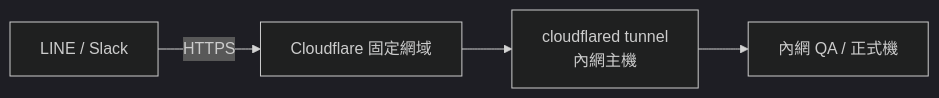
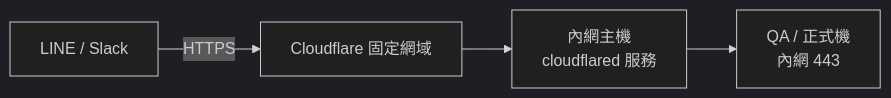
The diagram in src/content/projects/robot-push-notifications.md (leemengju/leemengju.github.io), drawn with Mermaid (dark theme) before and after one commit. The commit also changed other lines of this file and 15 other files, not shown here.

````diff
--- a/src/content/projects/robot-push-notifications.md
+++ b/src/content/projects/robot-push-notifications.md
@@ -44,6 +47,6 @@
 ```mermaid
 flowchart LR
     A[LINE / Slack] -->|HTTPS| B[Cloudflare 固定網域]
-    B --> C[cloudflared tunnel<br/>內網主機]
-    C --> D[內網 QA / 正式機]
+    B --> C[內網主機<br/>cloudflared 服務]
+    C --> D[QA / 正式機<br/>內網 443]
 ```
````
